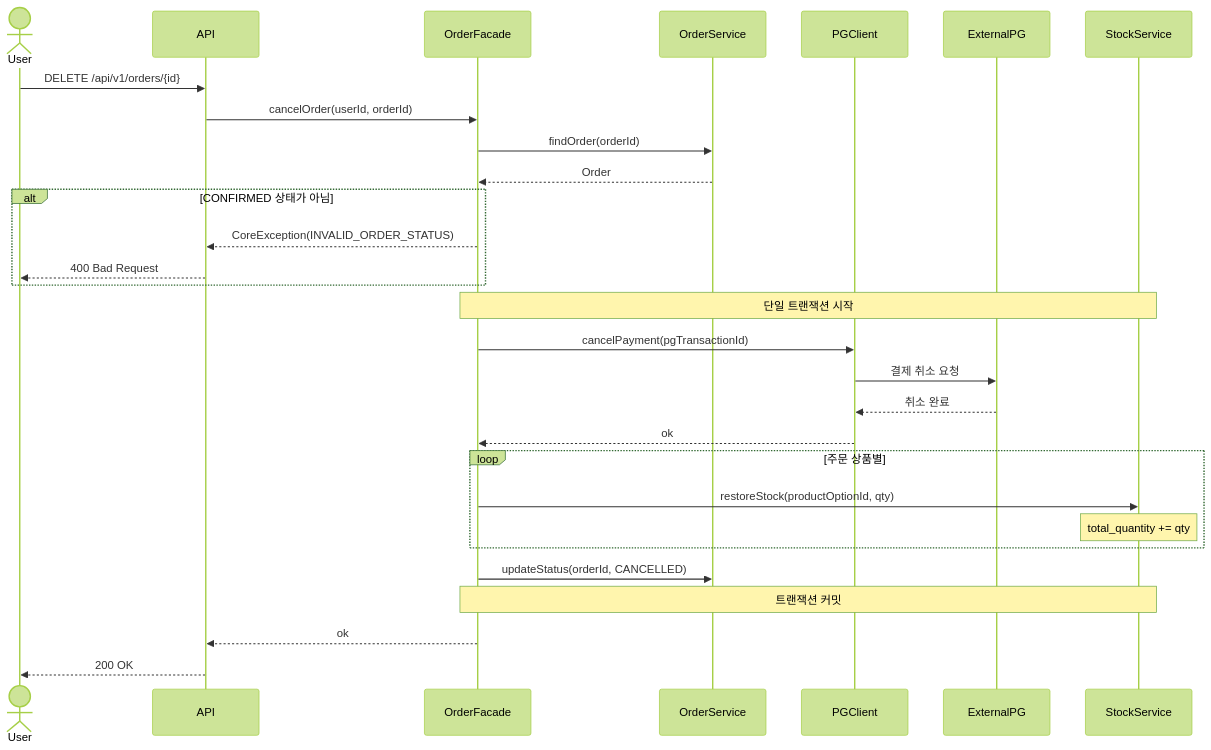
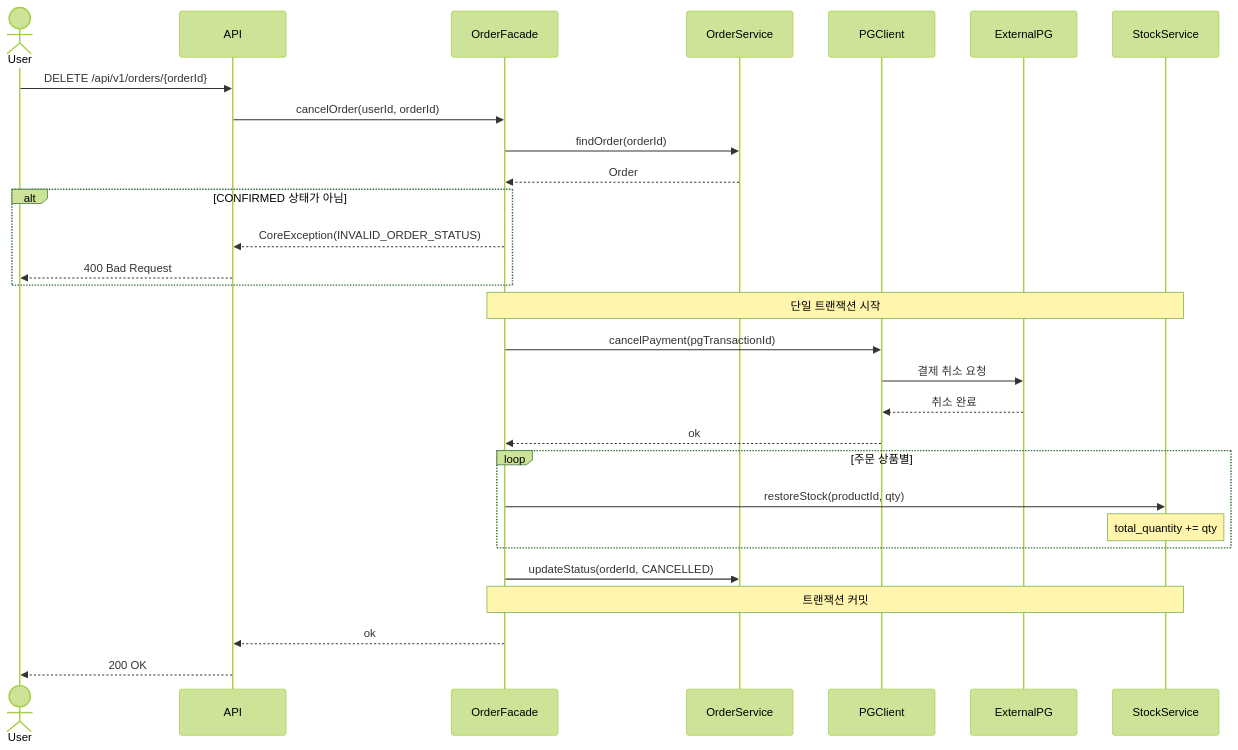
The fifth of 7 diagrams in .docs/design/02-sequence-diagrams.md (loopers-labs/loop-pack-be-l2-vol4-java), drawn with Mermaid (forest theme) before and after one commit. The commit also changed other lines of this file and 3 other files, not shown here.

````diff
--- a/.docs/design/02-sequence-diagrams.md
+++ b/.docs/design/02-sequence-diagrams.md
@@ -187,40 +197,40 @@
 ```mermaid
 sequenceDiagram
     actor User
     participant API
     participant OrderFacade
     participant OrderService
     participant PGClient
     participant ExternalPG
     participant StockService
 
-    User->>API: DELETE /api/v1/orders/{id}
+    User->>API: DELETE /api/v1/orders/{orderId}
     API->>OrderFacade: cancelOrder(userId, orderId)
 
     OrderFacade->>OrderService: findOrder(orderId)
     OrderService-->>OrderFacade: Order
 
     alt CONFIRMED 상태가 아님
         OrderFacade-->>API: CoreException(INVALID_ORDER_STATUS)
         API-->>User: 400 Bad Request
     end
 
     Note over OrderFacade, StockService: 단일 트랜잭션 시작
 
     OrderFacade->>PGClient: cancelPayment(pgTransactionId)
     PGClient->>ExternalPG: 결제 취소 요청
     ExternalPG-->>PGClient: 취소 완료
     PGClient-->>OrderFacade: ok
 
     loop 주문 상품별
-        OrderFacade->>StockService: restoreStock(productOptionId, qty)
+        OrderFacade->>StockService: restoreStock(productId, qty)
         Note over StockService: total_quantity += qty
     end
 
     OrderFacade->>OrderService: updateStatus(orderId, CANCELLED)
 
     Note over OrderFacade, StockService: 트랜잭션 커밋
 
     OrderFacade-->>API: ok
     API-->>User: 200 OK
 ```
````
